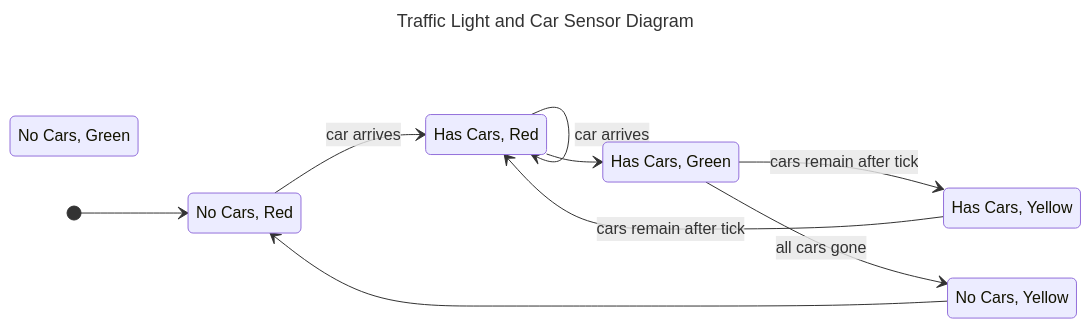
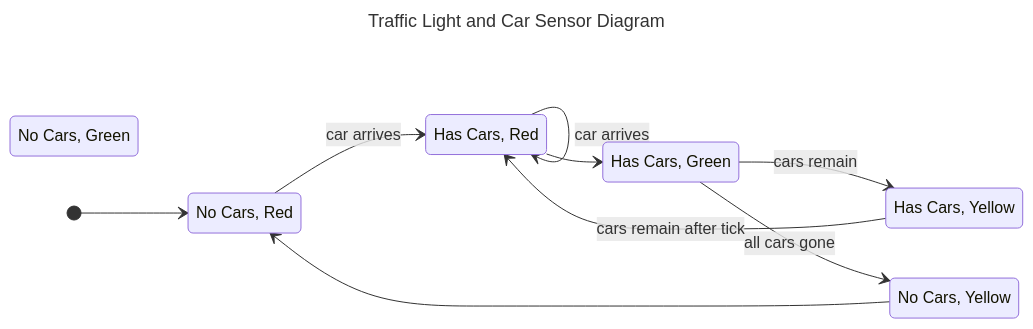
One commit to VinayakFia/Obsidian changed the third of 3 diagrams in COMP3153/System Model - Vinayak Fialok.md. Above: the diagram before and after it, drawn with Mermaid.

Commit message:
vault backup: 2024-09-17 21:21:59

````diff
--- a/COMP3153/System Model - Vinayak Fialok.md
+++ b/COMP3153/System Model - Vinayak Fialok.md
@@ -58,21 +58,21 @@
 ```mermaid
 ---
 title: Traffic Light and Car Sensor Diagram
 ---
 stateDiagram-v2
 	direction LR
 	ng: No Cars, Green
 	nr: No Cars, Red
 	ny: No Cars, Yellow
 	hg: Has Cars, Green
 	hr: Has Cars, Red
 	hy: Has Cars, Yellow
 	[*] --> nr
 	nr --> hr : car arrives
 	hr --> hr : car arrives
 	hr --> hg
-	hg --> hy : cars remain after tick
+	hg --> hy : cars remain
 	hg --> ny : all cars gone
 	ny --> nr
 	hy --> hr : cars remain after tick
 ```
````
